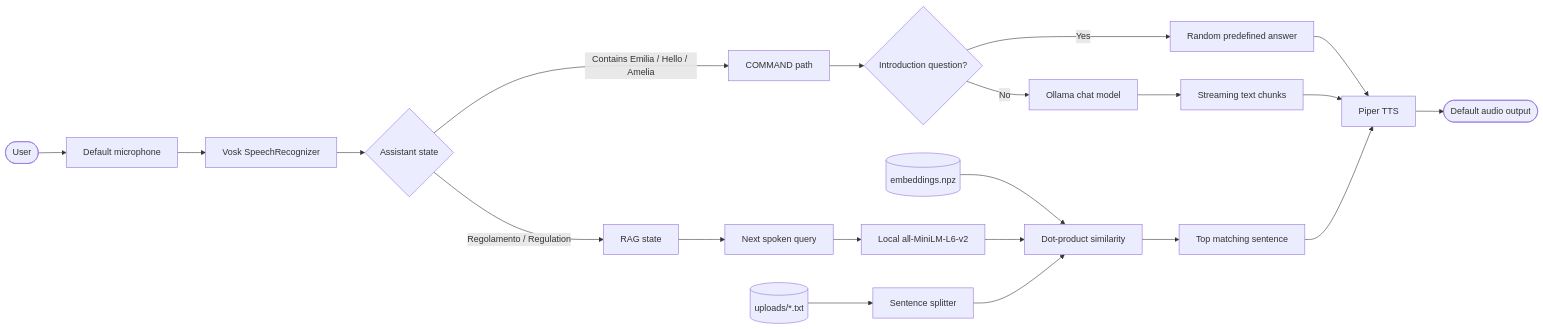
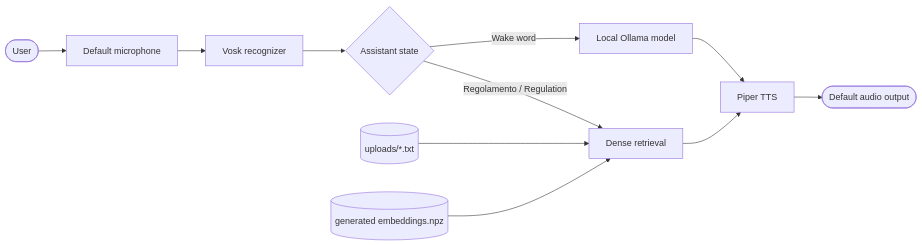
Before and after one commit to UbiquitousDynamics/helios-ai-jetson-framework: the diagram in README.md, drawn with Mermaid. The commit also changed other lines of this file and 39 other files, not shown here.

````diff
--- a/README.md
+++ b/README.md
@@ -90,26 +18,13 @@
 ```mermaid
 flowchart LR
     User([User]) --> Mic[Default microphone]
-    Mic --> Vosk[Vosk SpeechRecognizer]
+    Mic --> Vosk[Vosk recognizer]
     Vosk --> Router{Assistant state}
-
-    Router -->|Contains Emilia / Hello / Amelia| Command[COMMAND path]
-    Command --> Intro{Introduction question?}
-    Intro -->|Yes| Preset[Random predefined answer]
-    Intro -->|No| Ollama[Ollama chat model]
-    Ollama --> Stream[Streaming text chunks]
-
-    Router -->|Regolamento / Regulation| RagState[RAG state]
-    RagState --> Query[Next spoken query]
-    Query --> Encoder[Local all-MiniLM-L6-v2]
-    Knowledge[(uploads/*.txt)] --> Sentences[Sentence splitter]
-    Embeddings[(embeddings.npz)] --> Search[Dot-product similarity]
-    Encoder --> Search
-    Sentences --> Search
-    Search --> Match[Top matching sentence]
-
-    Preset --> Piper[Piper TTS]
-    Stream --> Piper
-    Match --> Piper
+    Router -->|Wake word| Ollama[Local Ollama model]
+    Router -->|Regolamento / Regulation| RAG[Dense retrieval]
+    Corpus[(uploads/*.txt)] --> RAG
+    Index[(generated embeddings.npz)] --> RAG
+    Ollama --> Piper[Piper TTS]
+    RAG --> Piper
     Piper --> Speaker([Default audio output])
 ```
````
